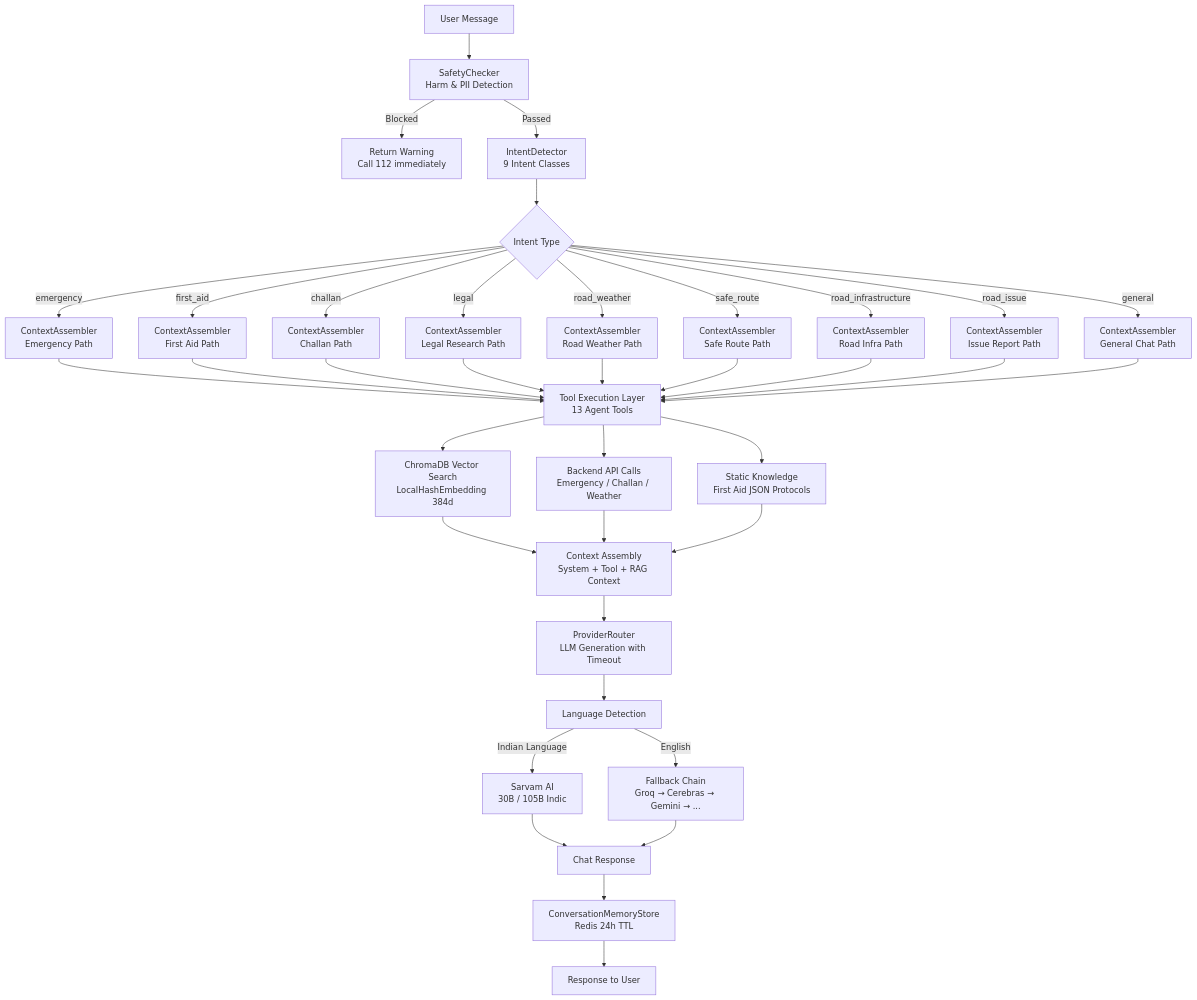
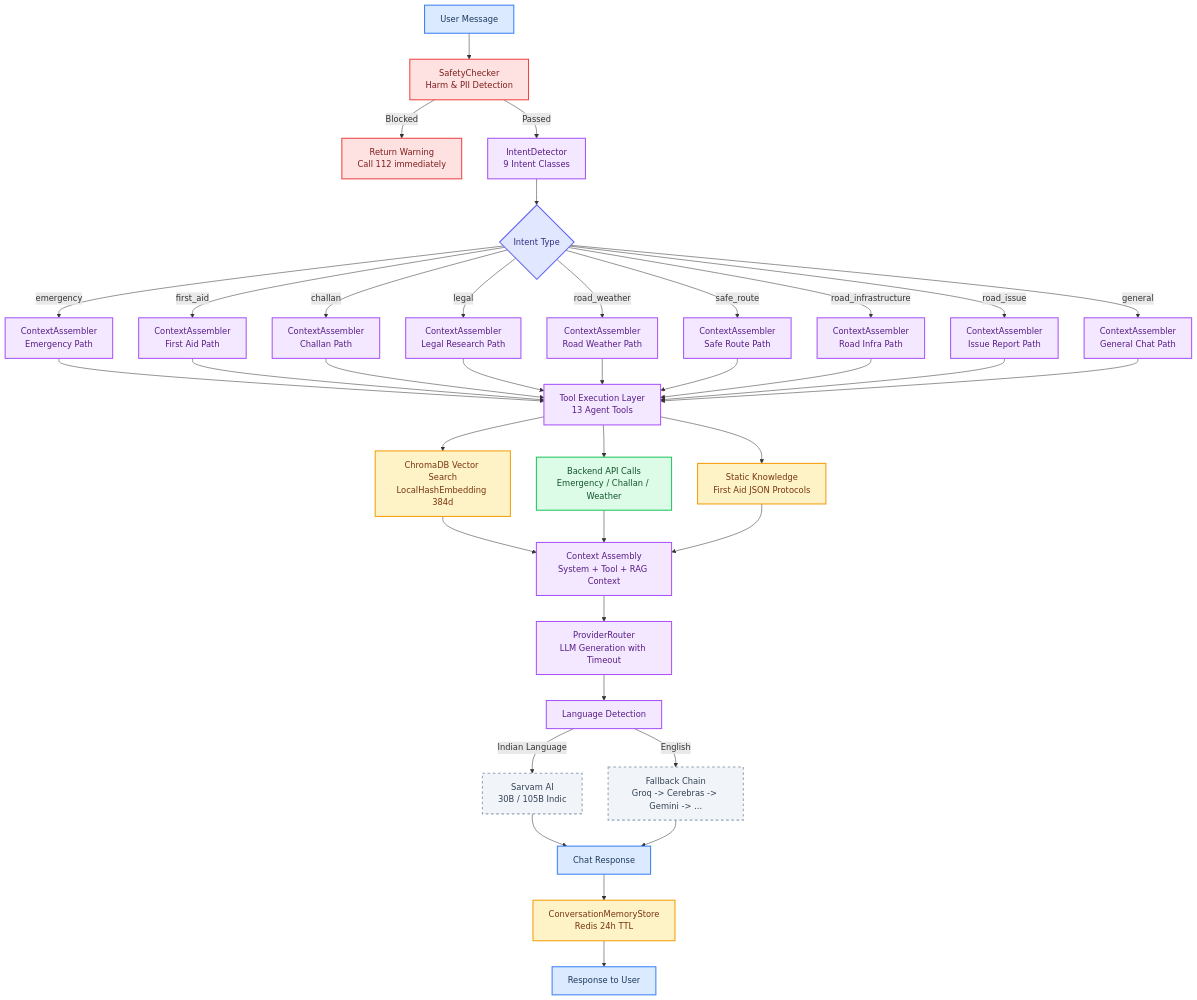
The first of 3 diagrams in docs/architecture/AI.md (SafeVixAI/SafeVixAI), drawn with Mermaid before and after one commit. The commit also changed other lines of this file and 85 other files, not shown here.

Commit message:
docs: Fix Mermaid diagrams, resolve relative link warnings, and ensure clean mkdocs build

````diff
--- a/docs/architecture/AI.md
+++ b/docs/architecture/AI.md
@@ -7,46 +7,55 @@
 ```mermaid
 flowchart TD
-    User[User Message] --> SC[SafetyChecker<br/>Harm & PII Detection]
-    SC -->|Blocked| Block["Return Warning<br/>Call 112 immediately"]
-    SC -->|Passed| ID[IntentDetector<br/>9 Intent Classes]
+    classDef edge fill:#dbeafe,stroke:#3b82f6,stroke-width:2px,color:#1e3a5f
+    classDef control fill:#dcfce7,stroke:#22c55e,stroke-width:2px,color:#14532d
+    classDef ai fill:#f3e8ff,stroke:#a855f7,stroke-width:2px,color:#581c87
+    classDef data fill:#fef3c7,stroke:#f59e0b,stroke-width:2px,color:#78350f
+    classDef security fill:#fee2e2,stroke:#ef4444,stroke-width:2px,color:#7f1d1d
+    classDef external fill:#f1f5f9,stroke:#94a3b8,stroke-width:2px,stroke-dasharray:5 5,color:#334155
+    classDef decision fill:#e0e7ff,stroke:#6366f1,stroke-width:2px,color:#312e81
+    classDef success fill:#d1fae5,stroke:#10b981,stroke-width:2px,color:#064e3b
 
-    ID --> INTENT{Intent Type}
+    User["User Message"]:::edge --> SC["SafetyChecker<br/>Harm & PII Detection"]:::security
+    SC -->|"Blocked"| Block["Return Warning<br/>Call 112 immediately"]:::security
+    SC -->|"Passed"| ID["IntentDetector<br/>9 Intent Classes"]:::ai
 
-    INTENT -->|emergency| CA_E[ContextAssembler<br/>Emergency Path]
-    INTENT -->|first_aid| CA_FA[ContextAssembler<br/>First Aid Path]
-    INTENT -->|challan| CA_C[ContextAssembler<br/>Challan Path]
-    INTENT -->|legal| CA_L[ContextAssembler<br/>Legal Research Path]
-    INTENT -->|road_weather| CA_RW[ContextAssembler<br/>Road Weather Path]
-    INTENT -->|safe_route| CA_SR[ContextAssembler<br/>Safe Route Path]
-    INTENT -->|road_infrastructure| CA_RI[ContextAssembler<br/>Road Infra Path]
-    INTENT -->|road_issue| CA_RI2[ContextAssembler<br/>Issue Report Path]
-    INTENT -->|general| CA_G[ContextAssembler<br/>General Chat Path]
+    ID --> INTENT{"Intent Type"}:::decision
 
-    CA_E --> Tools[Tool Execution Layer<br/>13 Agent Tools]
+    INTENT -->|"emergency"| CA_E["ContextAssembler<br/>Emergency Path"]:::ai
+    INTENT -->|"first_aid"| CA_FA["ContextAssembler<br/>First Aid Path"]:::ai
+    INTENT -->|"challan"| CA_C["ContextAssembler<br/>Challan Path"]:::ai
+    INTENT -->|"legal"| CA_L["ContextAssembler<br/>Legal Research Path"]:::ai
+    INTENT -->|"road_weather"| CA_RW["ContextAssembler<br/>Road Weather Path"]:::ai
+    INTENT -->|"safe_route"| CA_SR["ContextAssembler<br/>Safe Route Path"]:::ai
+    INTENT -->|"road_infrastructure"| CA_RI["ContextAssembler<br/>Road Infra Path"]:::ai
+    INTENT -->|"road_issue"| CA_RI2["ContextAssembler<br/>Issue Report Path"]:::ai
+    INTENT -->|"general"| CA_G["ContextAssembler<br/>General Chat Path"]:::ai
+
+    CA_E --> Tools["Tool Execution Layer<br/>13 Agent Tools"]:::ai
     CA_FA --> Tools
     CA_C --> Tools
     CA_L --> Tools
     CA_RW --> Tools
     CA_SR --> Tools
     CA_RI --> Tools
     CA_RI2 --> Tools
     CA_G --> Tools
 
-    Tools --> RAG[ChromaDB Vector Search<br/>LocalHashEmbedding 384d]
-    Tools --> API[Backend API Calls<br/>Emergency / Challan / Weather]
-    Tools --> Static[Static Knowledge<br/>First Aid JSON Protocols]
+    Tools --> RAG["ChromaDB Vector Search<br/>LocalHashEmbedding 384d"]:::data
+    Tools --> API["Backend API Calls<br/>Emergency / Challan / Weather"]:::control
+    Tools --> Static["Static Knowledge<br/>First Aid JSON Protocols"]:::data
 
-    RAG --> CTX[Context Assembly<br/>System + Tool + RAG Context]
+    RAG --> CTX["Context Assembly<br/>System + Tool + RAG Context"]:::ai
     API --> CTX
     Static --> CTX
 
-    CTX --> PR[ProviderRouter<br/>LLM Generation with Timeout]
-    PR --> LED[Language Detection]
-    LED -->|Indian Language| Sarvam[Sarvam AI<br/>30B / 105B Indic]
-    LED -->|English| Fallback[Fallback Chain<br/>Groq → Cerebras → Gemini → ...]
-    Sarvam --> Response[Chat Response]
+    CTX --> PR["ProviderRouter<br/>LLM Generation with Timeout"]:::ai
+    PR --> LED["Language Detection"]:::ai
+    LED -->|"Indian Language"| Sarvam["Sarvam AI<br/>30B / 105B Indic"]:::external
+    LED -->|"English"| Fallback["Fallback Chain<br/>Groq -> Cerebras -> Gemini -> ..."]:::external
+    Sarvam --> Response["Chat Response"]:::edge
     Fallback --> Response
 
-    Response --> CMS[ConversationMemoryStore<br/>Redis 24h TTL]
-    CMS --> Final[Response to User]
+    Response --> CMS["ConversationMemoryStore<br/>Redis 24h TTL"]:::data
+    CMS --> Final["Response to User"]:::edge
 ```
````
